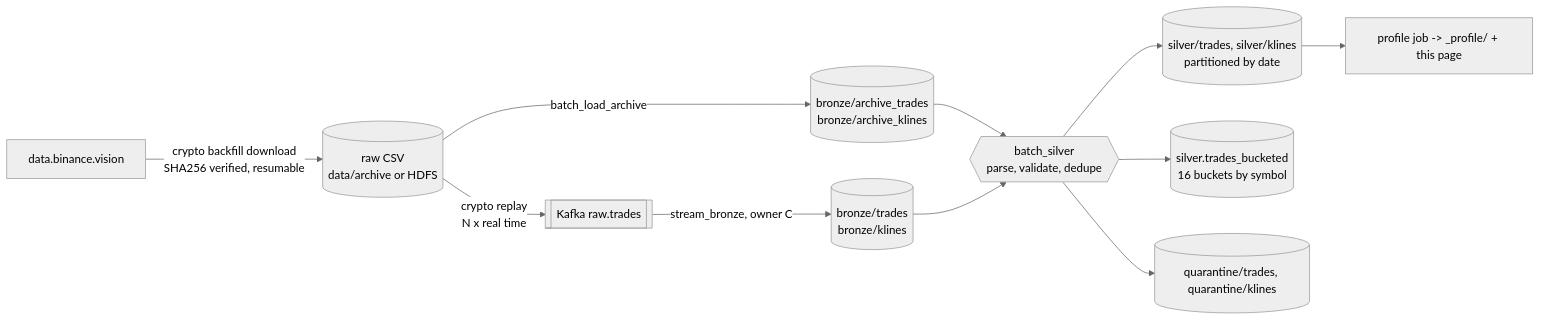
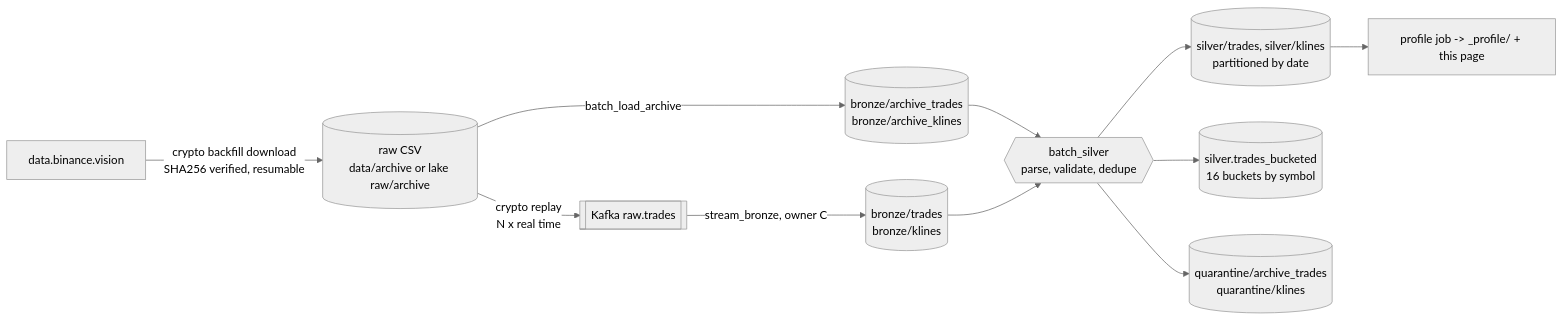
One commit to MinhDucNguyen9705/Big-data-Capstone-Project changed the diagram in docs/data.md. Above: the diagram before and after it, drawn with Mermaid (neutral theme). The commit also changed other lines of this file and 18 other files, not shown here.

````diff
--- a/docs/data.md
+++ b/docs/data.md
@@ -36,13 +36,13 @@
 ```mermaid
 flowchart LR
-  A[data.binance.vision] -->|crypto backfill download<br/>SHA256 verified, resumable| R[(raw CSV<br/>data/archive or HDFS)]
+  A[data.binance.vision] -->|crypto backfill download<br/>SHA256 verified, resumable| R[(raw CSV<br/>data/archive or lake raw/archive)]
   R -->|crypto replay<br/>N x real time| K[[Kafka raw.trades]]
   R -->|batch_load_archive| BA[(bronze/archive_trades<br/>bronze/archive_klines)]
   K -->|stream_bronze, owner C| BS[(bronze/trades<br/>bronze/klines)]
   BA --> S{{batch_silver<br/>parse, validate, dedupe}}
   BS --> S
   S --> ST[(silver/trades, silver/klines<br/>partitioned by date)]
   S --> SB[(silver.trades_bucketed<br/>16 buckets by symbol)]
-  S --> Q[(quarantine/trades, quarantine/klines)]
+  S --> Q[(quarantine/archive_trades<br/>quarantine/klines)]
   ST --> P[profile job -> _profile/ + this page]
 ```
````
